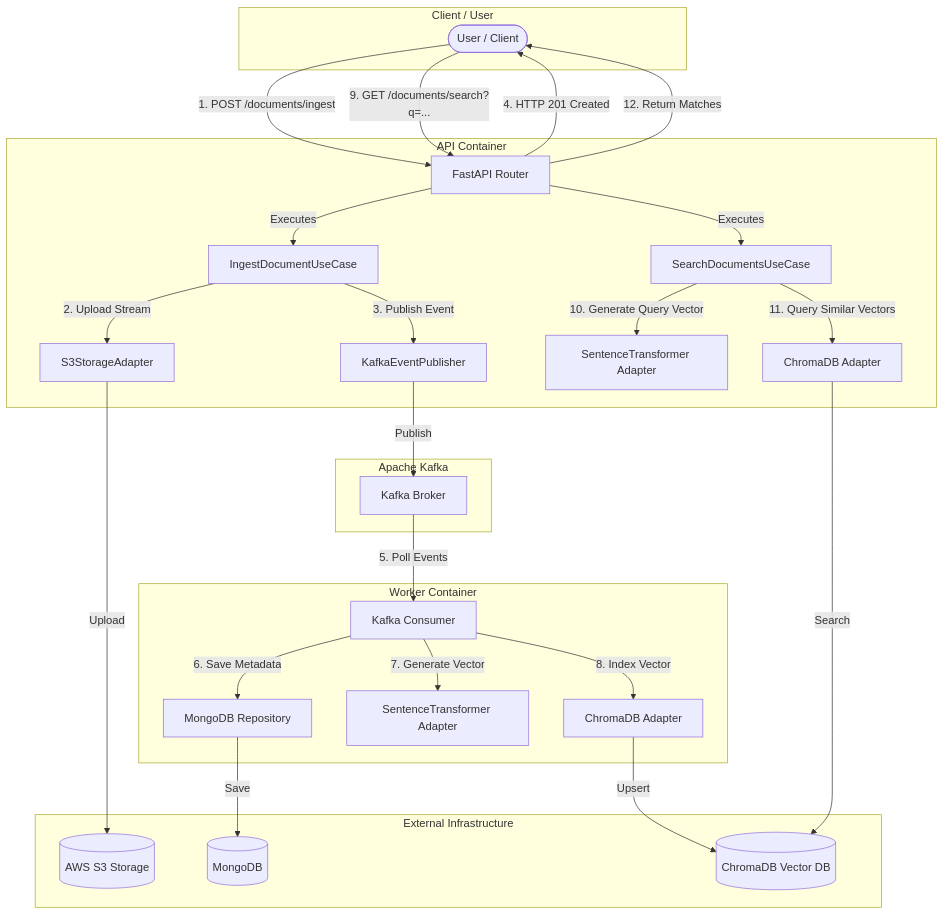
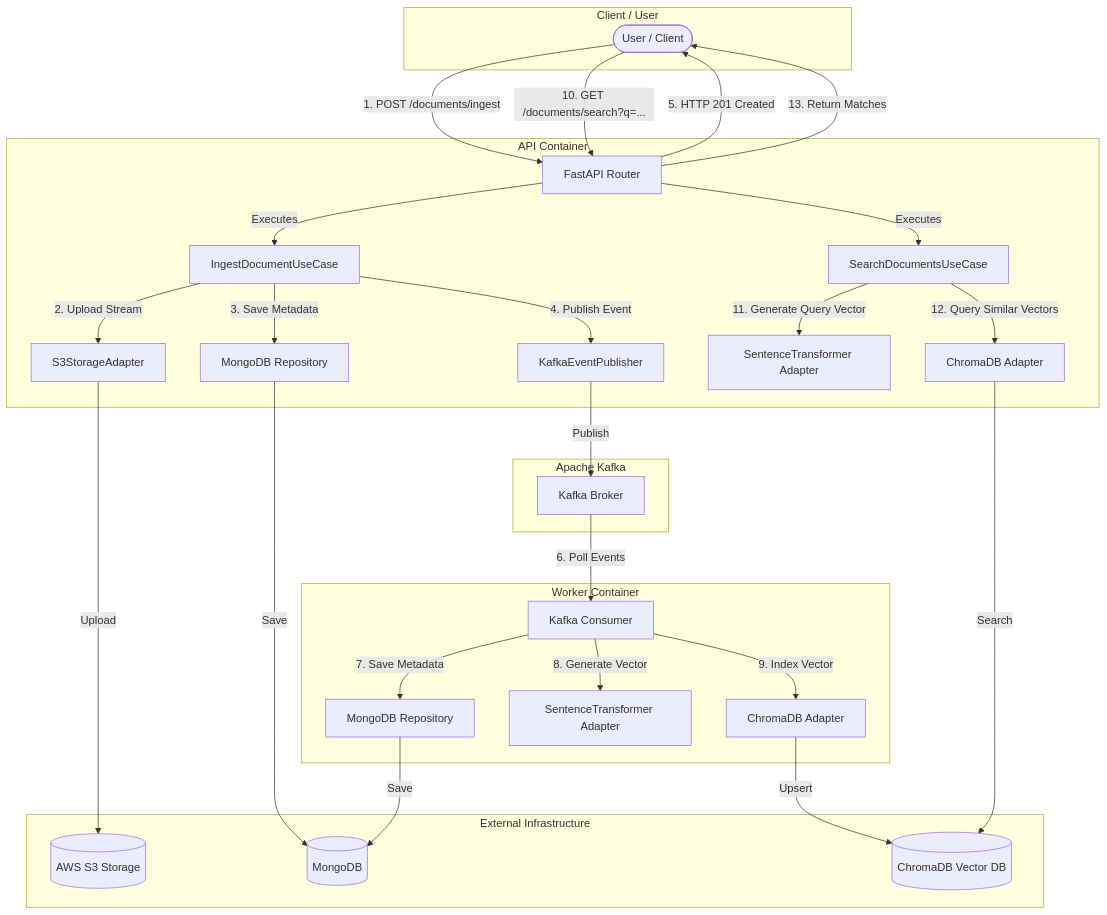
The diagram in README.md (ryan-mant/semantic-search-engine), drawn with Mermaid before and after one commit.

Commit message:
docs(diagram): add MongoDB Repository and correct data flow inside API container

````diff
--- a/README.md
+++ b/README.md
@@ -26,57 +26,60 @@
 ```mermaid
 graph TD
     subgraph Client / User
         User([User / Client])
     end
 
     subgraph API [API Container]
         FastAPI[FastAPI Router]
         IngestUC[IngestDocumentUseCase]
         SearchUC[SearchDocumentsUseCase]
         
         S3Adapter[S3StorageAdapter]
+        MongoRep_API[MongoDB Repository]
         KafkaPublisher[KafkaEventPublisher]
         ST_API[SentenceTransformer Adapter]
         ChromaStore_API[ChromaDB Adapter]
     end
 
     subgraph Messaging [Apache Kafka]
         Kafka[Kafka Broker]
     end
 
     subgraph Worker [Worker Container]
         Consumer[Kafka Consumer]
-        MongoRep[MongoDB Repository]
+        MongoRep_Worker[MongoDB Repository]
         ST_Worker[SentenceTransformer Adapter]
         ChromaStore_Worker[ChromaDB Adapter]
     end
 
     subgraph Databases & Storage [External Infrastructure]
         S3[(AWS S3 Storage)]
         Mongo[(MongoDB)]
         Chroma[(ChromaDB Vector DB)]
     end
 
     %% Flows
     User -->|1. POST /documents/ingest| FastAPI
     FastAPI -->|Executes| IngestUC
     IngestUC -->|2. Upload Stream| S3Adapter
     S3Adapter -->|Upload| S3
-    IngestUC -->|3. Publish Event| KafkaPublisher
+    IngestUC -->|3. Save Metadata| MongoRep_API
+    MongoRep_API -->|Save| Mongo
+    IngestUC -->|4. Publish Event| KafkaPublisher
     KafkaPublisher -->|Publish| Kafka
-    FastAPI -->|4. HTTP 201 Created| User
+    FastAPI -->|5. HTTP 201 Created| User
 
-    Kafka -->|5. Poll Events| Consumer
-    Consumer -->|6. Save Metadata| MongoRep
-    MongoRep -->|Save| Mongo
-    Consumer -->|7. Generate Vector| ST_Worker
-    Consumer -->|8. Index Vector| ChromaStore_Worker
+    Kafka -->|6. Poll Events| Consumer
+    Consumer -->|7. Save Metadata| MongoRep_Worker
+    MongoRep_Worker -->|Save| Mongo
+    Consumer -->|8. Generate Vector| ST_Worker
+    Consumer -->|9. Index Vector| ChromaStore_Worker
     ChromaStore_Worker -->|Upsert| Chroma
 
-    User -->|9. GET /documents/search?q=...| FastAPI
+    User -->|10. GET /documents/search?q=...| FastAPI
     FastAPI -->|Executes| SearchUC
-    SearchUC -->|10. Generate Query Vector| ST_API
-    SearchUC -->|11. Query Similar Vectors| ChromaStore_API
+    SearchUC -->|11. Generate Query Vector| ST_API
+    SearchUC -->|12. Query Similar Vectors| ChromaStore_API
     ChromaStore_API -->|Search| Chroma
-    FastAPI -->|12. Return Matches| User
+    FastAPI -->|13. Return Matches| User
 ```
````
